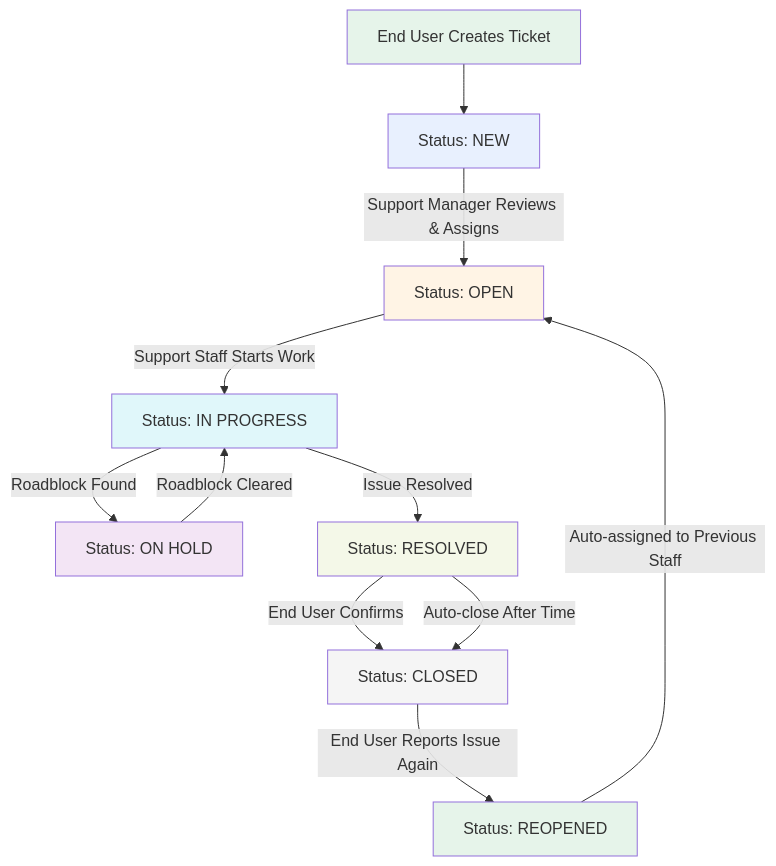
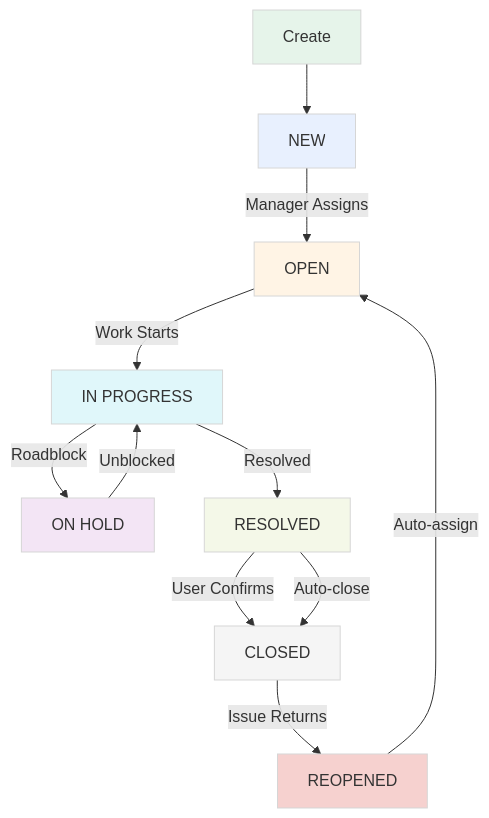
Before and after one commit to salmanb74-dev/ntg-ticket: the seventh of 7 diagrams in NTG-Ticket-User Guide.md, drawn with Mermaid. The commit also changed other lines of this file, not shown here.

Commit message:
Update NTG-Ticket-User Guide.md

````diff
--- a/NTG-Ticket-User Guide.md
+++ b/NTG-Ticket-User Guide.md
@@ -300,29 +300,21 @@
 ```mermaid
 flowchart TD
-    Start[End User Creates Ticket] --> New[Status: NEW]
-    
-    New -->|Support Manager Reviews & Assigns| Open[Status: OPEN]
-    
-    Open -->|Support Staff Starts Work| InProgress[Status: IN PROGRESS]
-    
-    InProgress -->|Roadblock Found| OnHold[Status: ON HOLD]
-    InProgress -->|Issue Resolved| Resolved[Status: RESOLVED]
-    
-    OnHold -->|Roadblock Cleared| InProgress
-    
-    Resolved -->|End User Confirms| Closed[Status: CLOSED]
-    Resolved -->|Auto-close After Time| Closed
-    
-    Closed -->|End User Reports Issue Again| Reopened[Status: REOPENED]
-    
-    Reopened -->|Auto-assigned to Previous Staff| Open
-    
-    style Start fill:#E6F4EA
-    style New fill:#E8F0FE
-    style Open fill:#FFF4E5
-    style InProgress fill:#E0F7FA
-    style OnHold fill:#F3E5F5
-    style Resolved fill:#F4F8E8
-    style Closed fill:#F5F5F5
-    style Reopened fill:#E6F4EA
+    Start[Create] --> New[NEW]
+    New -->|Manager Assigns| Open[OPEN]
+    Open -->|Work Starts| InProgress[IN PROGRESS]
+    InProgress -->|Roadblock| OnHold[ON HOLD]
+    InProgress -->|Resolved| Resolved[RESOLVED]
+    OnHold -->|Unblocked| InProgress
+    Resolved -->|User Confirms| Closed[CLOSED]
+    Resolved -->|Auto-close| Closed
+    Closed -->|Issue Returns| Reopened[REOPENED]
+    Reopened -->|Auto-assign| Open
+    style Start fill:#E6F4EA,stroke:#D6D6D6,stroke-width:1px
+    style New fill:#E8F0FE,stroke:#D6D6D6,stroke-width:1px
+    style Open fill:#FFF4E5,stroke:#D6D6D6,stroke-width:1px
+    style InProgress fill:#E0F7FA,stroke:#D6D6D6,stroke-width:1px
+    style OnHold fill:#F3E5F5,stroke:#D6D6D6,stroke-width:1px
+    style Resolved fill:#F4F8E8,stroke:#D6D6D6,stroke-width:1px
+    style Closed fill:#F5F5F5,stroke:#D6D6D6,stroke-width:1px
+    style Reopened fill:#F6D1CF,stroke:#D6D6D6,stroke-width:1px
 ```
````
